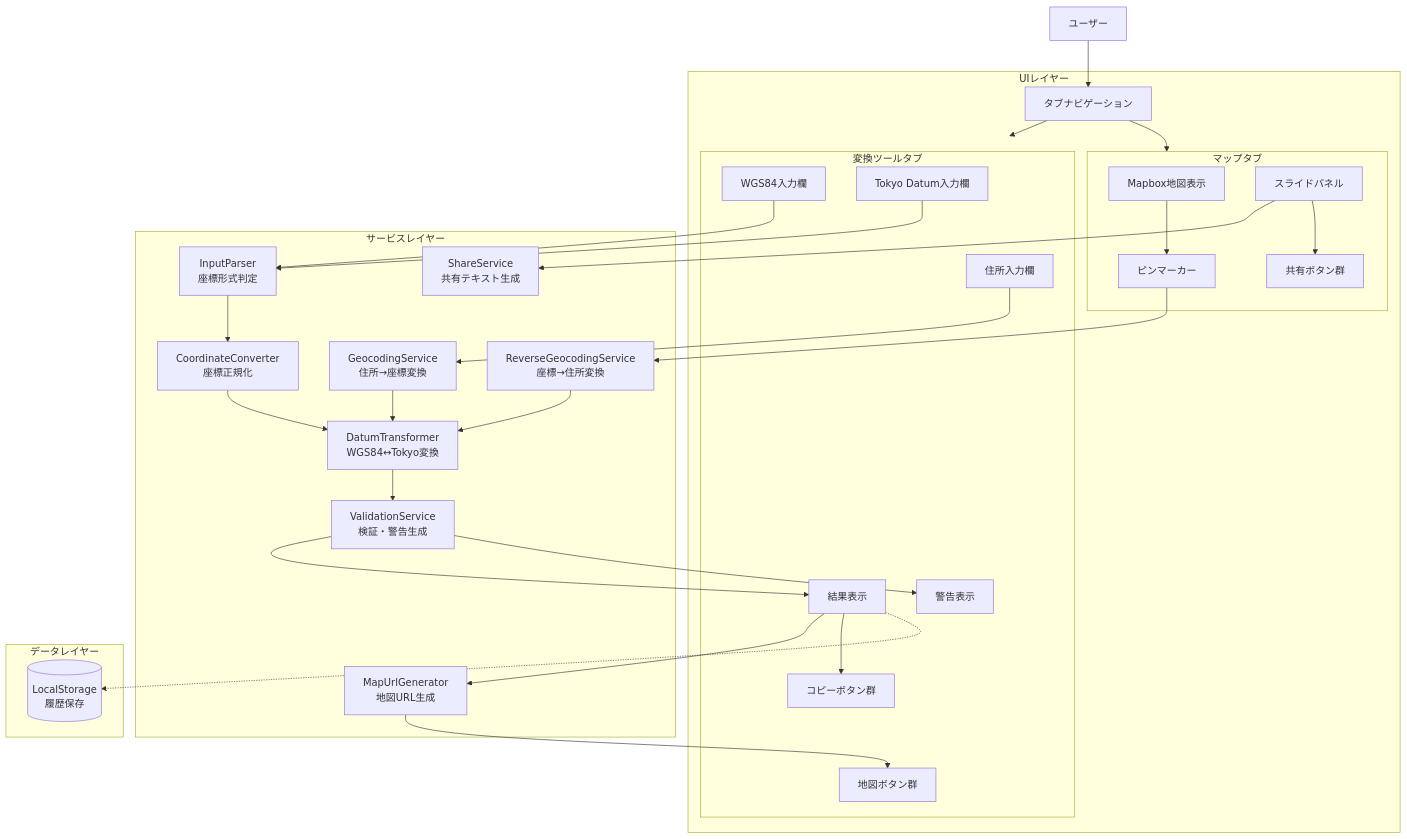
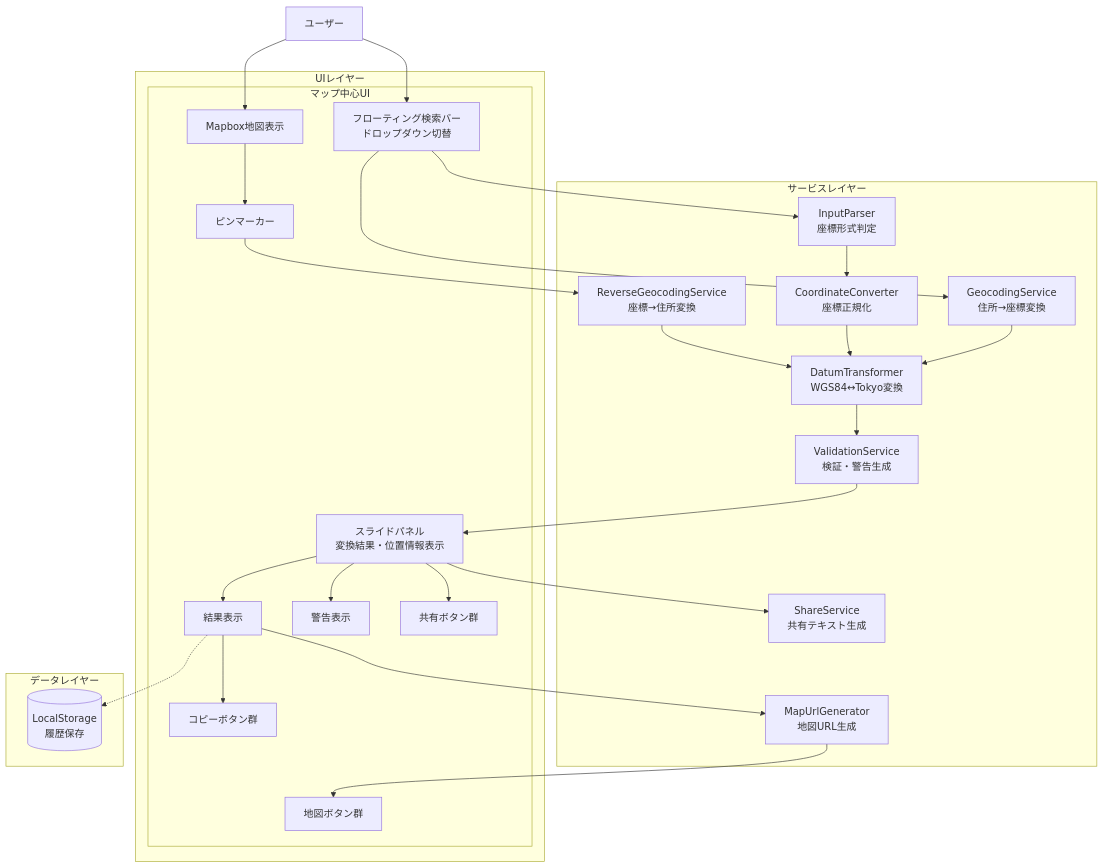
The second of 8 diagrams in docs/functional-design.md (oyaakihisa/ichi-link), drawn with Mermaid before and after one commit. The commit also changed other lines of this file and 8 other files, not shown here.

First line of the commit message:
Refactor to map-centric UI design

````diff
--- a/docs/functional-design.md
+++ b/docs/functional-design.md
@@ -31,60 +31,54 @@
 ```mermaid
 graph TB
     User[ユーザー]
 
     subgraph UILayer[UIレイヤー]
-        TabNav[タブナビゲーション]
-        subgraph ConverterTab[変換ツールタブ]
-            AddressInput[住所入力欄]
-            WGS84Input[WGS84入力欄]
-            TokyoInput[Tokyo Datum入力欄]
+        subgraph MapCentricUI[マップ中心UI]
+            SearchBar[フローティング検索バー<br/>ドロップダウン切替]
+            MapView[Mapbox地図表示]
+            PinMarker[ピンマーカー]
+            SlidePanel[スライドパネル<br/>変換結果・位置情報表示]
             ResultDisplay[結果表示]
             WarningDisplay[警告表示]
             MapButtons[地図ボタン群]
             CopyButtons[コピーボタン群]
-        end
-        subgraph MapTab[マップタブ]
-            MapView[Mapbox地図表示]
-            PinMarker[ピンマーカー]
-            SlidePanel[スライドパネル]
             ShareButtons[共有ボタン群]
         end
     end
 
     subgraph ServiceLayer[サービスレイヤー]
         InputParser[InputParser<br/>座標形式判定]
         GeocodingService[GeocodingService<br/>住所→座標変換]
         ReverseGeocodingService[ReverseGeocodingService<br/>座標→住所変換]
         CoordinateConverter[CoordinateConverter<br/>座標正規化]
         DatumTransformer[DatumTransformer<br/>WGS84↔Tokyo変換]
         ValidationService[ValidationService<br/>検証・警告生成]
         MapUrlGenerator[MapUrlGenerator<br/>地図URL生成]
         ShareService[ShareService<br/>共有テキスト生成]
     end
 
     subgraph DataLayer[データレイヤー]
         LocalStorage[(LocalStorage<br/>履歴保存)]
     end
 
-    User --> TabNav
-    TabNav --> ConverterTab
-    TabNav --> MapTab
-    AddressInput --> GeocodingService
-    WGS84Input --> InputParser
-    TokyoInput --> InputParser
+    User --> SearchBar
+    User --> MapView
+    SearchBar --> GeocodingService
+    SearchBar --> InputParser
     GeocodingService --> DatumTransformer
     InputParser --> CoordinateConverter
     CoordinateConverter --> DatumTransformer
     DatumTransformer --> ValidationService
-    ValidationService --> ResultDisplay
-    ValidationService --> WarningDisplay
+    ValidationService --> SlidePanel
+    SlidePanel --> ResultDisplay
+    SlidePanel --> WarningDisplay
     ResultDisplay --> MapUrlGenerator
     MapUrlGenerator --> MapButtons
     ResultDisplay --> CopyButtons
     ResultDisplay -.-> LocalStorage
     MapView --> PinMarker
     PinMarker --> ReverseGeocodingService
     ReverseGeocodingService --> DatumTransformer
     SlidePanel --> ShareService
     SlidePanel --> ShareButtons
 ```
````
